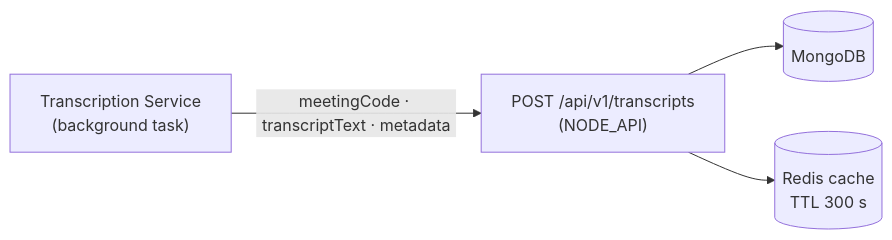
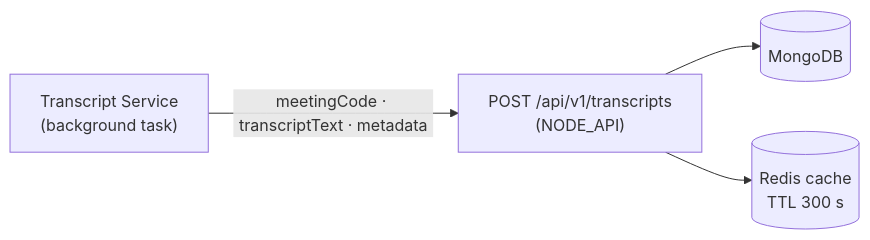
One commit to AnupamKumar-1/Hoovik changed the ninth of 9 diagrams in README.md. Above: the diagram before and after it, drawn with Mermaid. The commit also changed other lines of this file, not shown here.

````diff
--- a/README.md
+++ b/README.md
@@ -560,11 +557,11 @@
 ```mermaid
 flowchart LR
-    TS["Transcription Service\n(background task)"]
+    TS["Transcript Service\n(background task)"]
     BE["POST /api/v1/transcripts\n(NODE_API)"]
     MG[("MongoDB")]
     RD[("Redis cache\nTTL 300 s")]
 
     TS -->|"meetingCode · transcriptText · metadata"| BE
     BE --> MG
     BE --> RD
 ```
````
